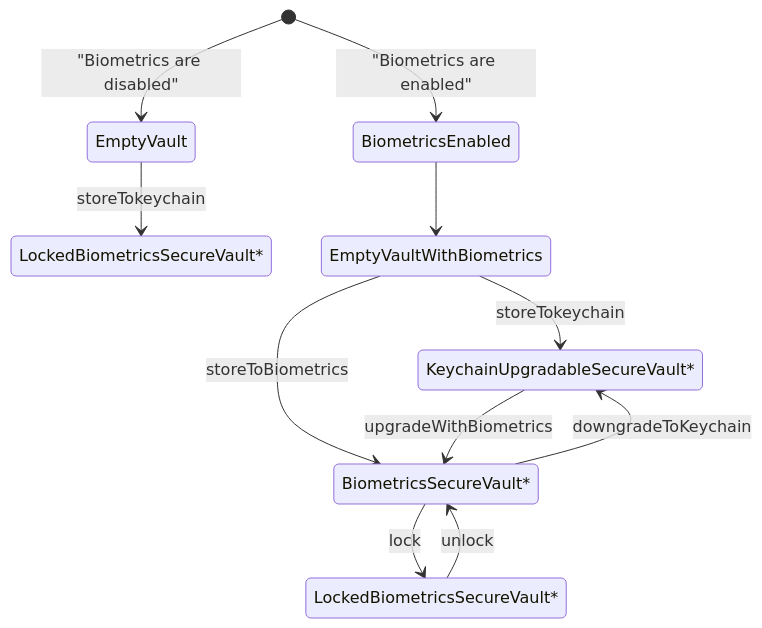
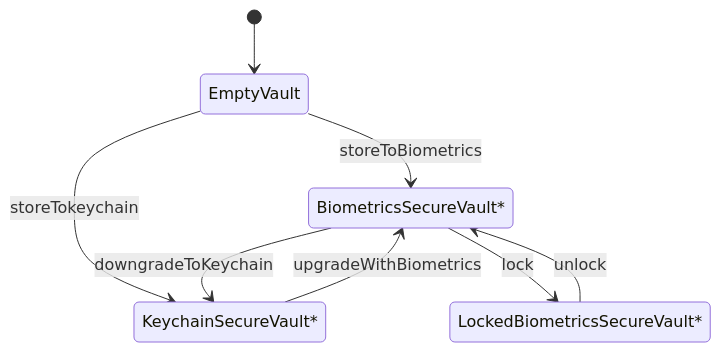
The diagram in README.md (ariskox/BiometricsVault), drawn with Mermaid before and after one commit. The commit also changed other lines of this file and 10 other files, not shown here.

````diff
--- a/README.md
+++ b/README.md
@@ -148,19 +144,14 @@
 ```mermaid
 stateDiagram-v2
-    KeychainUpgradableSecureVault: KeychainUpgradableSecureVault*
     BiometricsSecureVault: BiometricsSecureVault*
     LockedBiometricsSecureVault: LockedBiometricsSecureVault*
-    KeychainSecureVault: LockedBiometricsSecureVault*
+    KeychainSecureVault: KeychainSecureVault*
 
-    [*] --> EmptyVault: "Biometrics are disabled"
-    [*] --> BiometricsEnabled: "Biometrics are enabled"
+    [*] --> EmptyVault
     EmptyVault --> KeychainSecureVault: storeTokeychain
-
-    BiometricsEnabled --> EmptyVaultWithBiometrics
-    EmptyVaultWithBiometrics --> KeychainUpgradableSecureVault: storeTokeychain
-    EmptyVaultWithBiometrics --> BiometricsSecureVault: storeToBiometrics
-    KeychainUpgradableSecureVault --> BiometricsSecureVault: upgradeWithBiometrics
-    BiometricsSecureVault --> KeychainUpgradableSecureVault: downgradeToKeychain
+    KeychainSecureVault --> BiometricsSecureVault: upgradeWithBiometrics
+    EmptyVault --> BiometricsSecureVault: storeToBiometrics
+    BiometricsSecureVault --> KeychainSecureVault: downgradeToKeychain
     BiometricsSecureVault --> LockedBiometricsSecureVault: lock
     LockedBiometricsSecureVault --> BiometricsSecureVault: unlock
 ```
````
